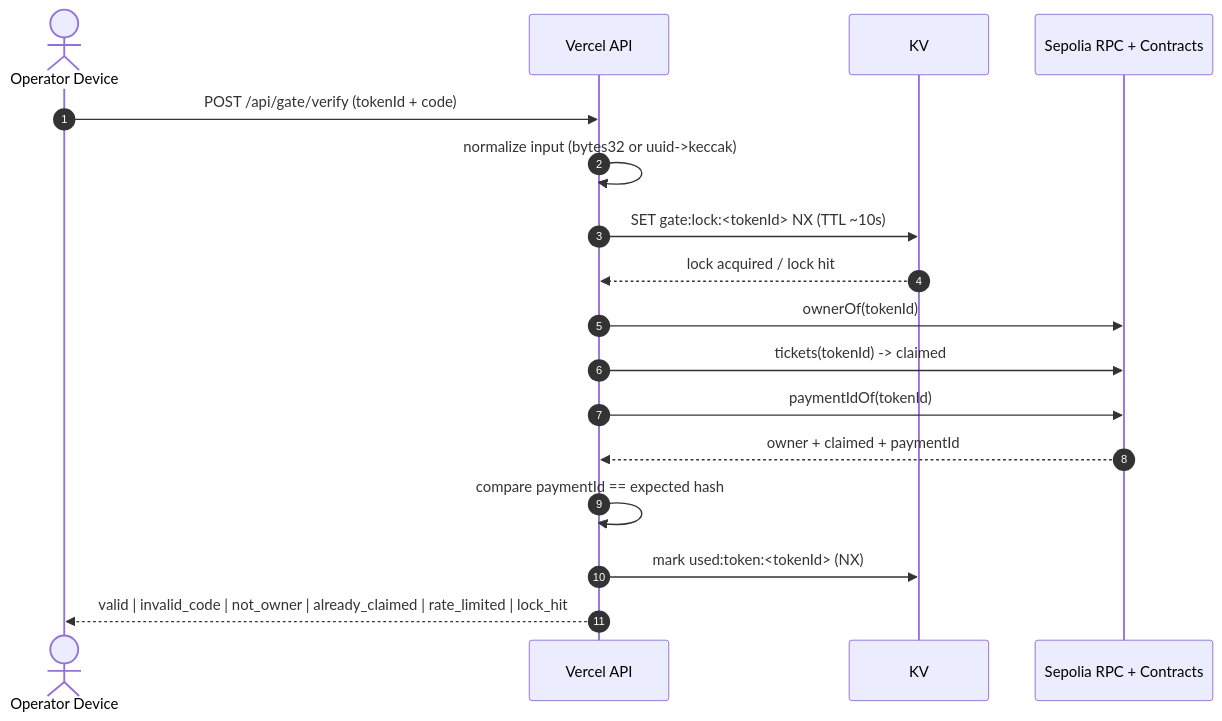
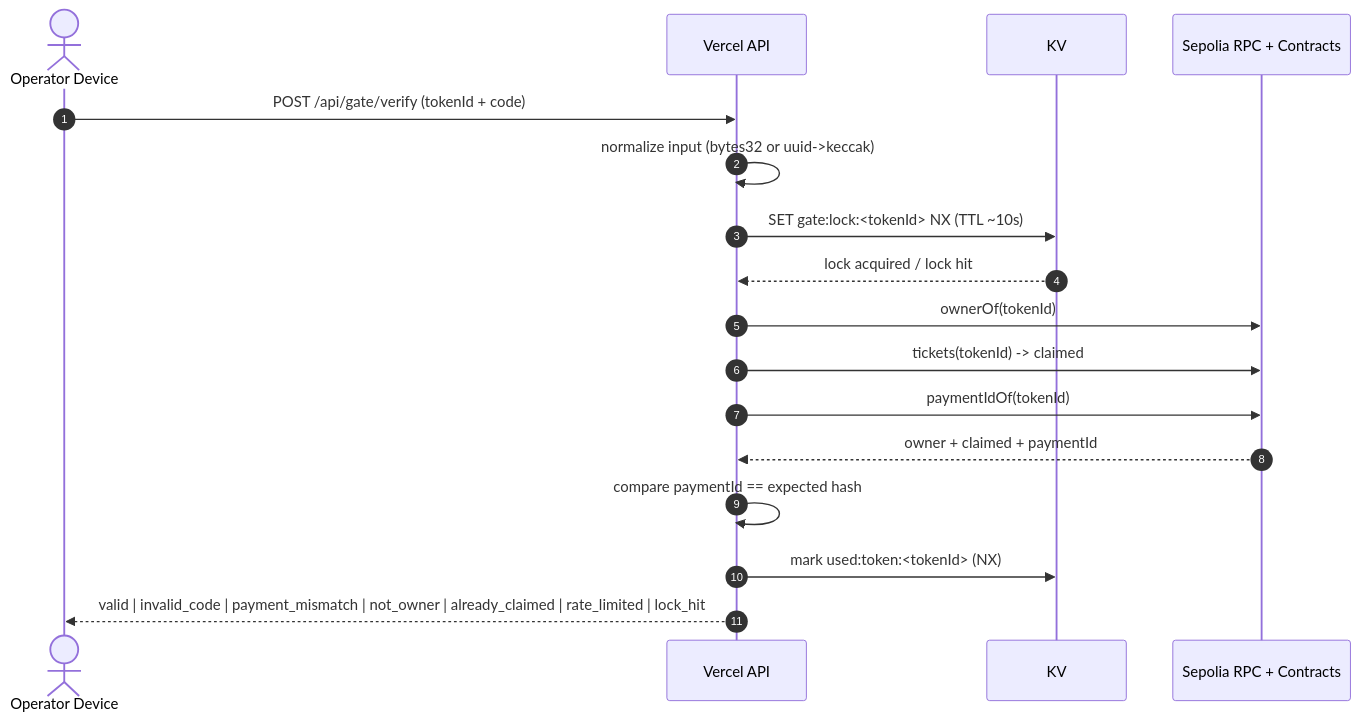
The third of 4 diagrams in docs/architecture.md (LucidDreamTR/etkinlik-konser), drawn with Mermaid before and after one commit. The commit also changed other lines of this file, not shown here.

````diff
--- a/docs/architecture.md
+++ b/docs/architecture.md
@@ -52,20 +53,20 @@
 ```mermaid
 sequenceDiagram
   autonumber
   actor Operator as Operator Device
   participant API as Vercel API
   participant KV
   participant Sepolia as Sepolia RPC + Contracts
 
   Operator->>API: POST /api/gate/verify (tokenId + code)
   API->>API: normalize input (bytes32 or uuid->keccak)
   API->>KV: SET gate:lock:<tokenId> NX (TTL ~10s)
   KV-->>API: lock acquired / lock hit
   API->>Sepolia: ownerOf(tokenId)
   API->>Sepolia: tickets(tokenId) -> claimed
   API->>Sepolia: paymentIdOf(tokenId)
   Sepolia-->>API: owner + claimed + paymentId
   API->>API: compare paymentId == expected hash
   API->>KV: mark used:token:<tokenId> (NX)
-  API-->>Operator: valid | invalid_code | not_owner | already_claimed | rate_limited | lock_hit
+  API-->>Operator: valid | invalid_code | payment_mismatch | not_owner | already_claimed | rate_limited | lock_hit
 ```
````
